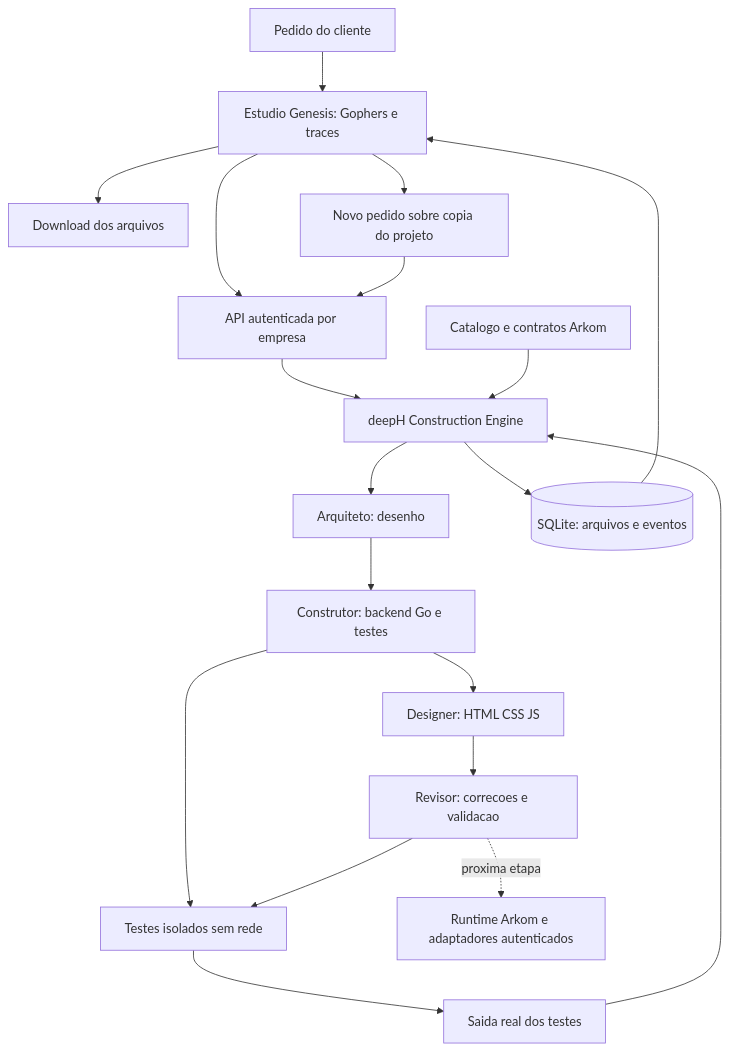
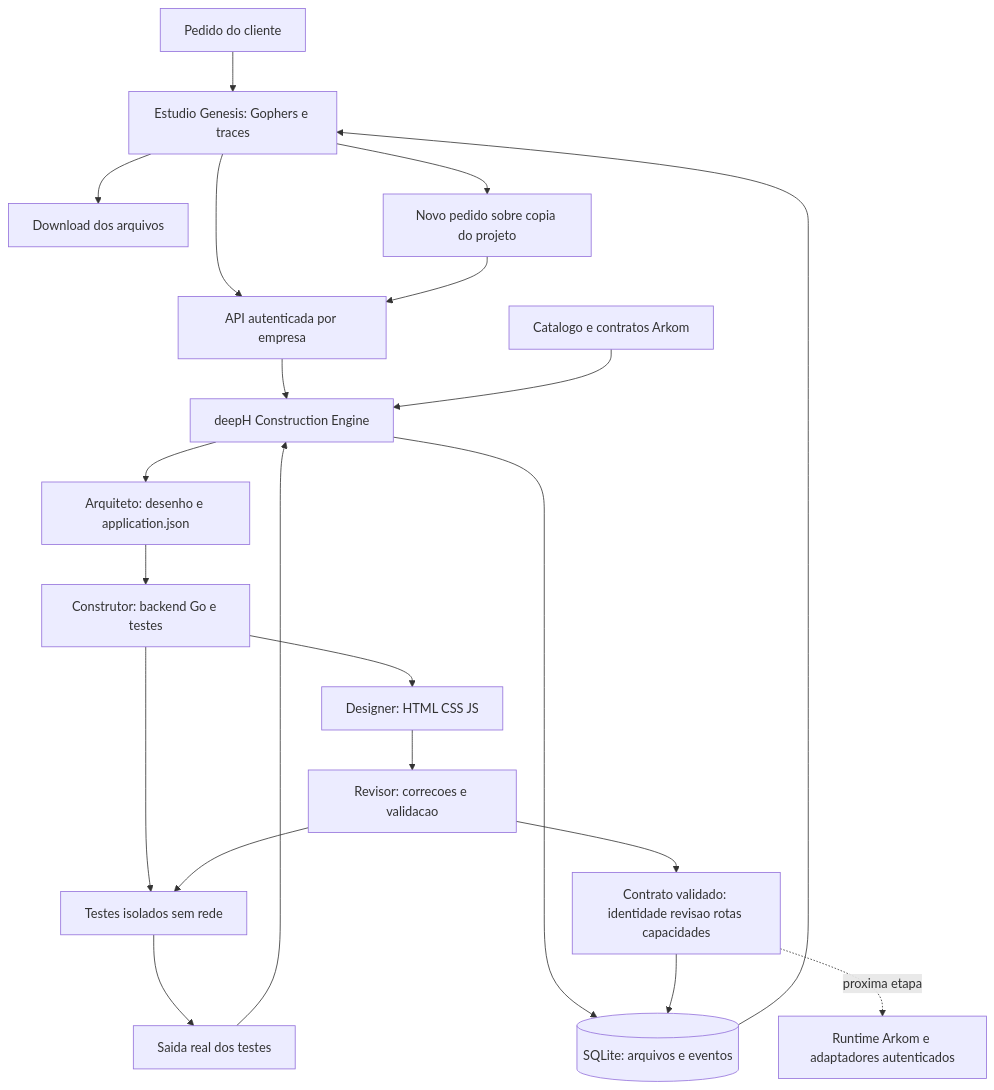
One commit to tom-lisboa/ArkomGO changed the diagram in docs/mermaid/08-genesis-construcao-traces.mmd. Above: the diagram before and after it, drawn with Mermaid. The commit also changed 11 other files, not shown here.

```diff
--- a/docs/mermaid/08-genesis-construcao-traces.mmd
+++ b/docs/mermaid/08-genesis-construcao-traces.mmd
@@ -1,19 +1,21 @@
 flowchart TB
     Cliente[Pedido do cliente] --> Estudio[Estudio Genesis: Gophers e traces]
     Estudio --> API[API autenticada por empresa]
     API --> Motor[deepH Construction Engine]
     Catalogo[Catalogo e contratos Arkom] --> Motor
-    Motor --> Arquiteto[Arquiteto: desenho]
+    Motor --> Arquiteto[Arquiteto: desenho e application.json]
     Arquiteto --> Go[Construtor: backend Go e testes]
     Go --> Designer[Designer: HTML CSS JS]
     Designer --> Revisor[Revisor: correcoes e validacao]
     Go --> Sandbox[Testes isolados sem rede]
     Revisor --> Sandbox
     Sandbox --> Resultado[Saida real dos testes]
     Resultado --> Motor
     Motor --> Estado[(SQLite: arquivos e eventos)]
     Estado --> Estudio
     Estudio --> Exportar[Download dos arquivos]
     Estudio --> Continuar[Novo pedido sobre copia do projeto]
     Continuar --> API
-    Revisor -. proxima etapa .-> Runtime[Runtime Arkom e adaptadores autenticados]
+    Revisor --> Contrato[Contrato validado: identidade revisao rotas capacidades]
+    Contrato --> Estado
+    Contrato -. proxima etapa .-> Runtime[Runtime Arkom e adaptadores autenticados]
```
